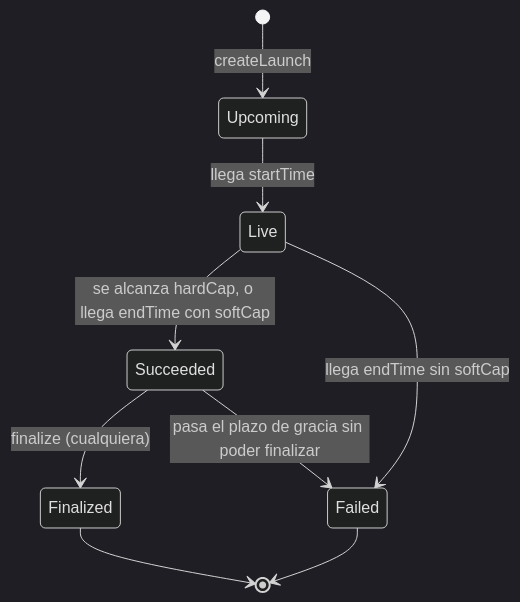
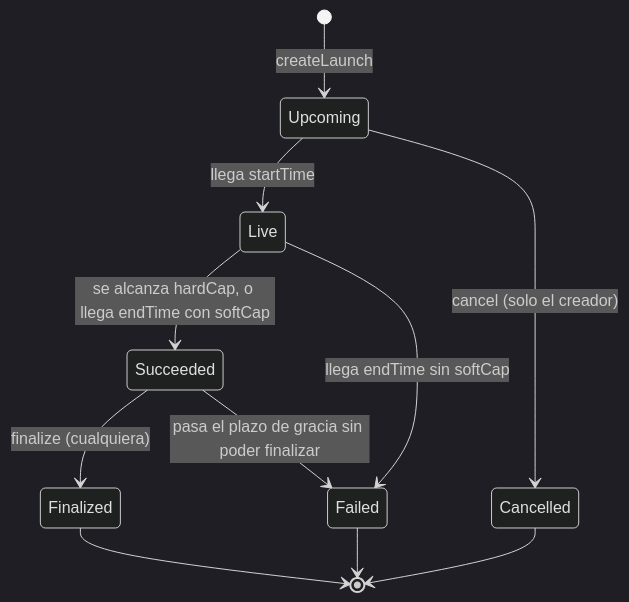
Before and after one commit to victorhmlz-dev/somewhere.finance-contracts: the second of 2 diagrams in docs/ARCHITECTURE.md, drawn with Mermaid (dark theme). The commit also changed other lines of this file and 9 other files, not shown here.

````diff
--- a/docs/ARCHITECTURE.md
+++ b/docs/ARCHITECTURE.md
@@ -148,11 +148,13 @@
 ```mermaid
 stateDiagram-v2
     [*] --> Upcoming: createLaunch
     Upcoming --> Live: llega startTime
     Live --> Succeeded: se alcanza hardCap, o llega endTime con softCap
     Live --> Failed: llega endTime sin softCap
     Succeeded --> Finalized: finalize (cualquiera)
     Succeeded --> Failed: pasa el plazo de gracia sin poder finalizar
+    Upcoming --> Cancelled: cancel (solo el creador)
     Finalized --> [*]
     Failed --> [*]
+    Cancelled --> [*]
 ```
````
